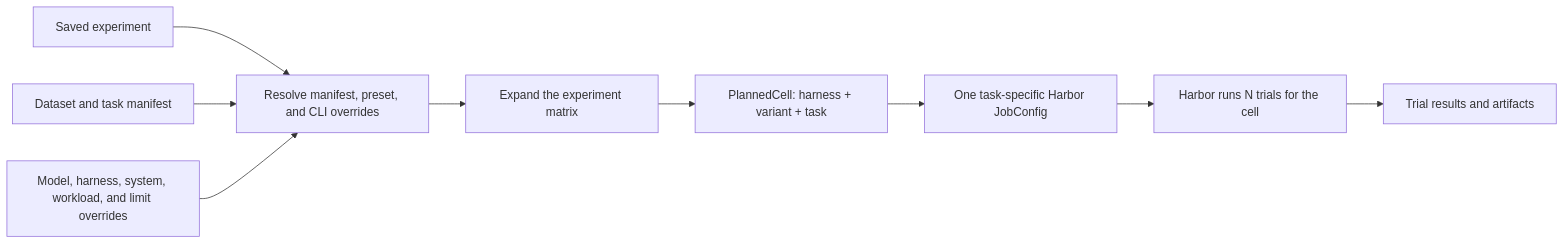
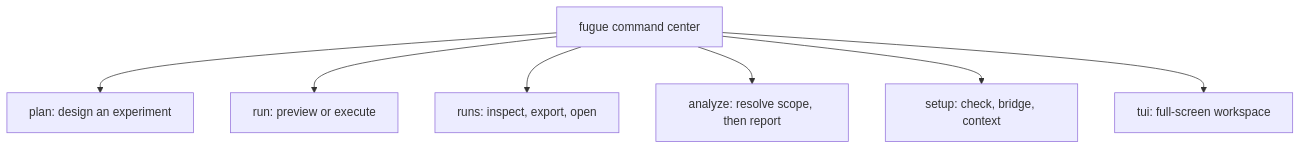
One commit to ash0ts/fugue changed the second of 7 diagrams in README.md. Above: the diagram before and after it, drawn with Mermaid. The commit also changed other lines of this file and 38 other files, not shown here.

````diff
--- a/README.md
+++ b/README.md
@@ -137,11 +80,10 @@
 ```mermaid
-flowchart LR
-    EXP["Saved experiment"] --> MERGE["Resolve manifest, preset, and CLI overrides"]
-    MANIFEST["Dataset and task manifest"] --> MERGE
-    OVERRIDES["Model, harness, system, workload, and limit overrides"] --> MERGE
-    MERGE --> MATRIX["Expand the experiment matrix"]
-    MATRIX --> CELL["PlannedCell: harness + variant + task"]
-    CELL --> CONFIG["One task-specific Harbor JobConfig"]
-    CONFIG --> TRIALS["Harbor runs N trials for the cell"]
-    TRIALS --> RESULT["Trial results and artifacts"]
+flowchart TB
+    HOME["fugue command center"]
+    HOME --> P["plan: design an experiment"]
+    HOME --> R["run: preview or execute"]
+    HOME --> RS["runs: inspect, export, open"]
+    HOME --> A["analyze: resolve scope, then report"]
+    HOME --> S["setup: check, bridge, context"]
+    HOME --> T["tui: full-screen workspace"]
 ```
````
